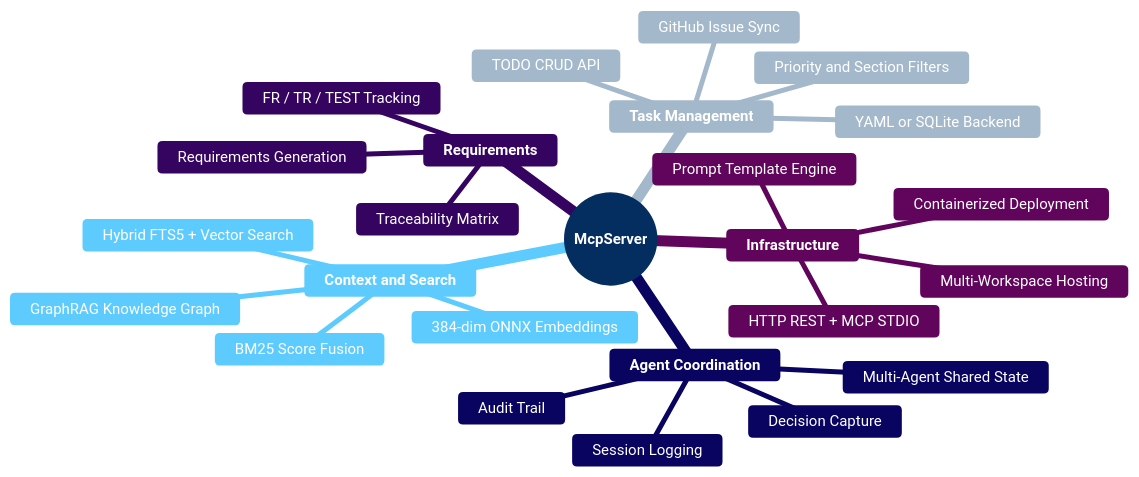
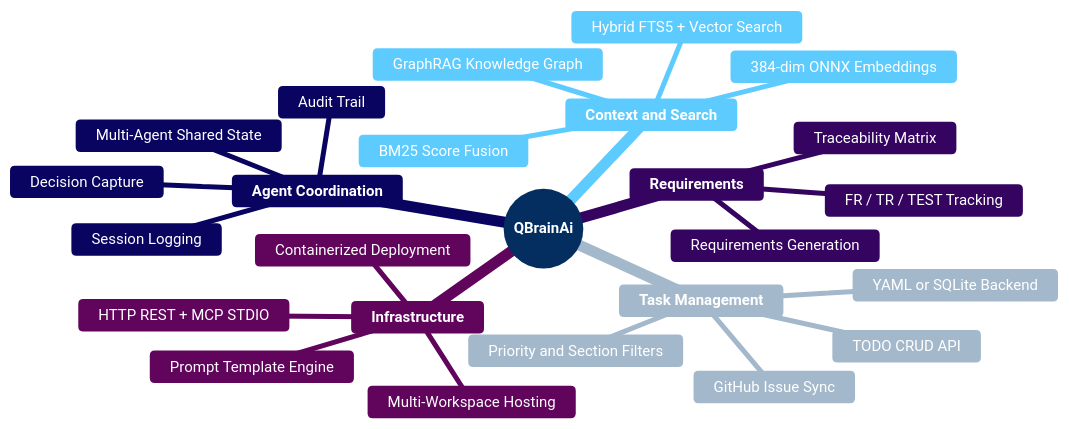
One commit to sharpninja/McpServer changed the diagram in docs/Marketing/diagrams/features.mmd. Above: the diagram before and after it, drawn with Mermaid. The commit also changed 4965 other files, not shown here.

First line of the commit message:
Rename the product root to QBrainAi and keep 1.x aliases.

```diff
--- a/docs/Marketing/diagrams/features.mmd
+++ b/docs/Marketing/diagrams/features.mmd
@@ -1,39 +1,39 @@
 ---
 config:
   theme: base
   themeVariables:
     primaryColor: "#0969da"
     primaryTextColor: "#ffffff"
     primaryBorderColor: "#0550ae"
     lineColor: "#57606a"
     secondaryColor: "#ddf4ff"
     tertiaryColor: "#f6f8fa"
     background: "#ffffff"
     fontSize: "15px"
 ---
 mindmap
-  root((**McpServer**))
+  root((**QBrainAi**))
     **Context and Search**
       Hybrid FTS5 + Vector Search
       384-dim ONNX Embeddings
       BM25 Score Fusion
       GraphRAG Knowledge Graph
     **Task Management**
       TODO CRUD API
       YAML or SQLite Backend
       GitHub Issue Sync
       Priority and Section Filters
     **Agent Coordination**
       Session Logging
       Audit Trail
       Decision Capture
       Multi-Agent Shared State
     **Requirements**
       FR / TR / TEST Tracking
       Traceability Matrix
       Requirements Generation
     **Infrastructure**
       Multi-Workspace Hosting
       HTTP REST + MCP STDIO
       Prompt Template Engine
       Containerized Deployment
```
